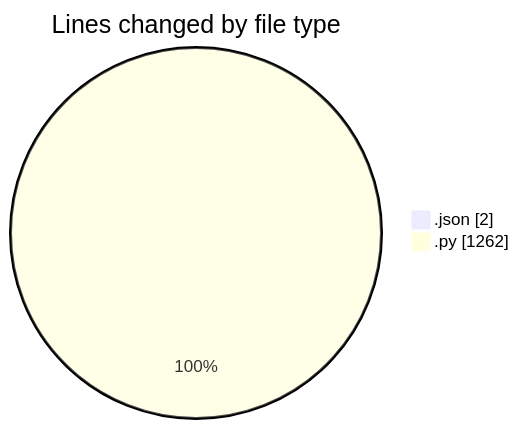
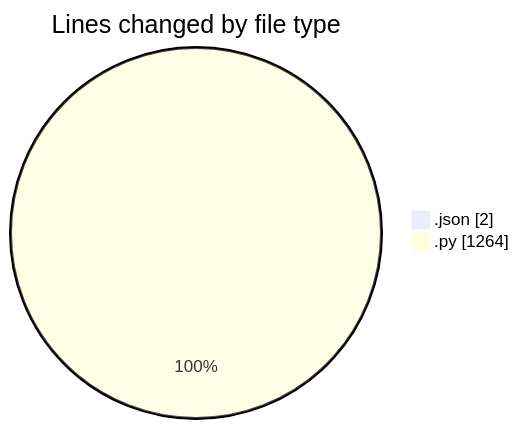
The first of 2 diagrams in 2025-02-19/myws__workspace_/README.md (MatusMokan/code-tracking), drawn with Mermaid before and after one commit. The commit also changed other lines of this file and 1 other file, not shown here.

````diff
--- a/2025-02-19/myws__workspace_/README.md
+++ b/2025-02-19/myws__workspace_/README.md
@@ -24,6 +24,6 @@
 ```mermaid
 pie showData
 title Lines changed by file type
 ".json" : 2
-".py" : 1262
+".py" : 1264
 ```
````
